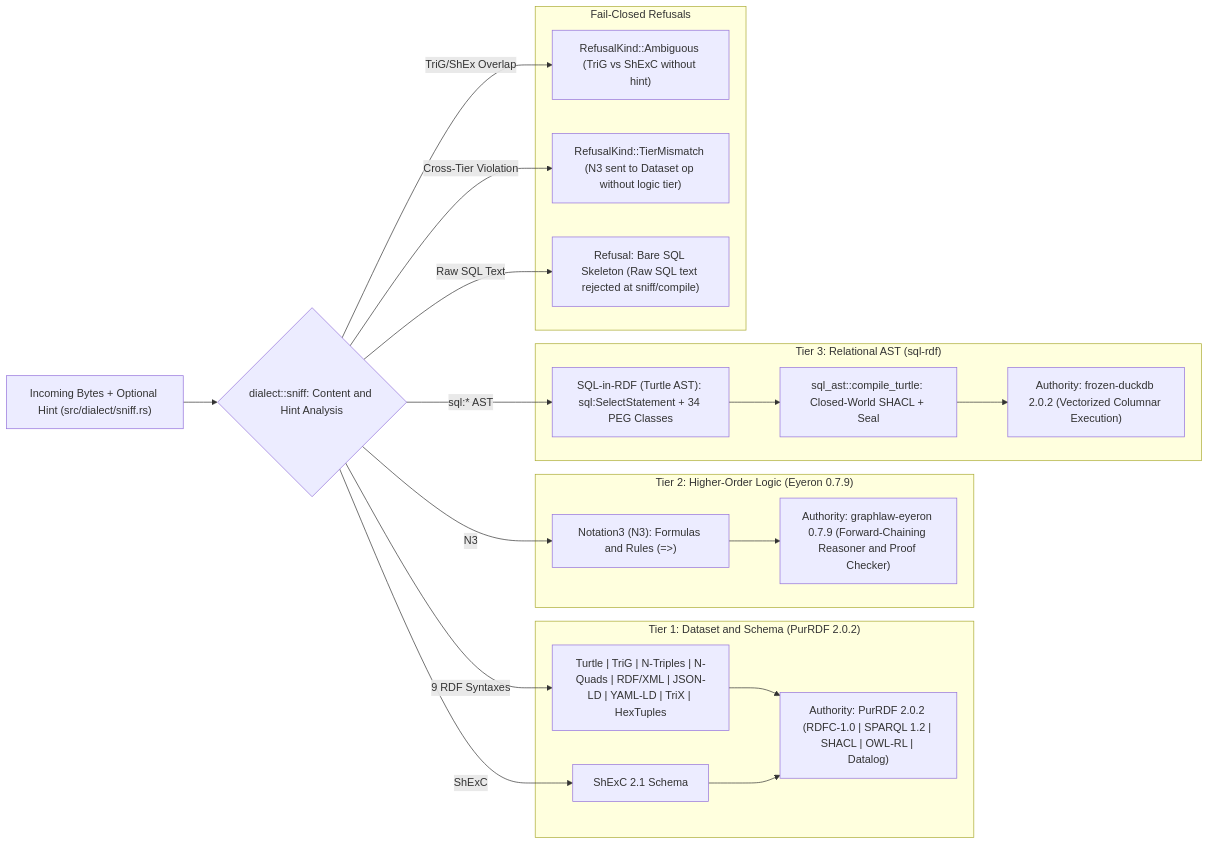
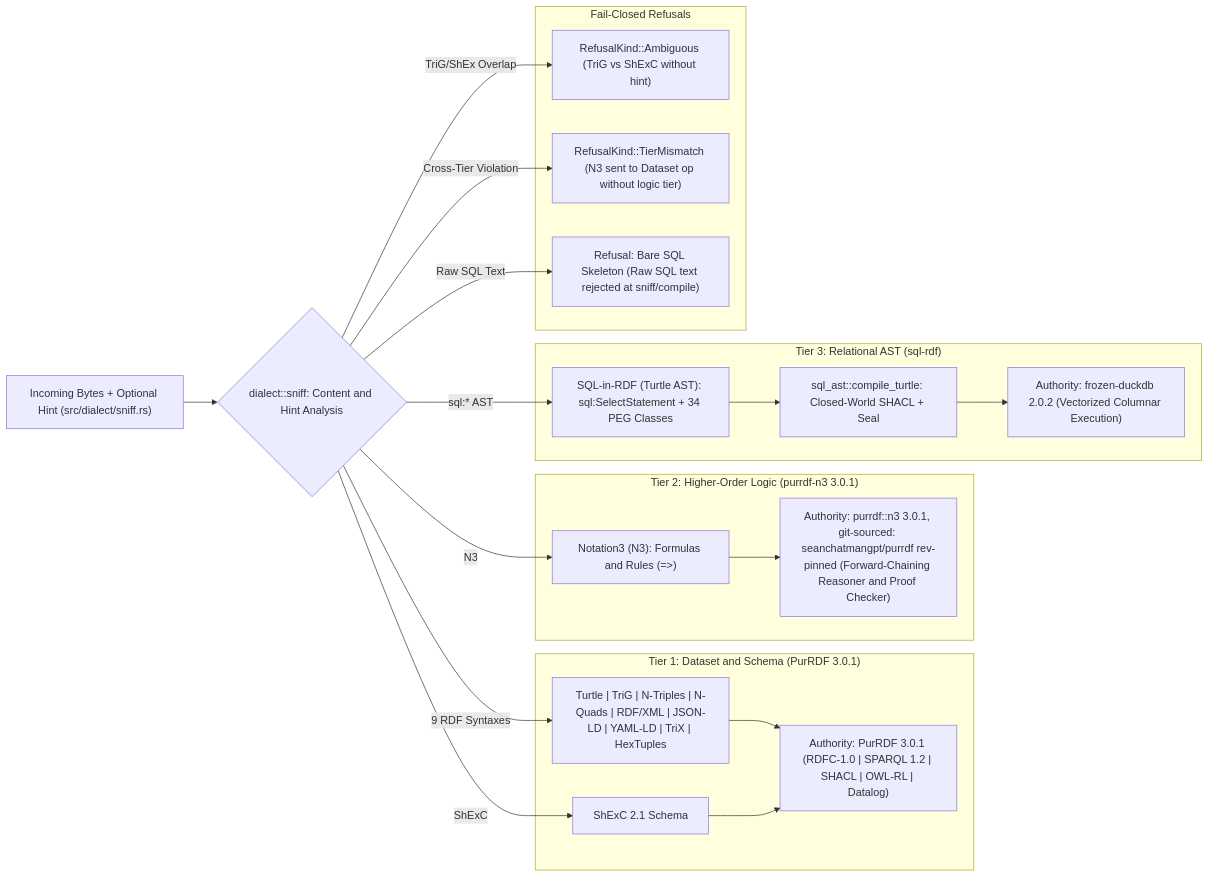
Before and after one commit to seanchatmangpt/graphlaw: the second of 28 diagrams in docs/PHD_THESIS_GRAPHLAW_WASM_SQLRDF.md, drawn with Mermaid. The commit also changed other lines of this file and 2104 other files, not shown here.

````diff
--- a/docs/PHD_THESIS_GRAPHLAW_WASM_SQLRDF.md
+++ b/docs/PHD_THESIS_GRAPHLAW_WASM_SQLRDF.md
@@ -192,41 +192,41 @@
 ```mermaid
 flowchart LR
     Input["Incoming Bytes + Optional Hint (src/dialect/sniff.rs)"]
     Sniff{"dialect::sniff: Content and Hint Analysis"}
     Input --> Sniff
 
-    subgraph DatasetTier["Tier 1: Dataset and Schema (PurRDF 2.0.2)"]
+    subgraph DatasetTier["Tier 1: Dataset and Schema (PurRDF 3.0.1)"]
         RDF["Turtle | TriG | N-Triples | N-Quads | RDF/XML | JSON-LD | YAML-LD | TriX | HexTuples"]
         ShEx["ShExC 2.1 Schema"]
-        PurRDF["Authority: PurRDF 2.0.2 (RDFC-1.0 | SPARQL 1.2 | SHACL | OWL-RL | Datalog)"]
+        PurRDF["Authority: PurRDF 3.0.1 (RDFC-1.0 | SPARQL 1.2 | SHACL | OWL-RL | Datalog)"]
         RDF --> PurRDF
         ShEx --> PurRDF
     end
 
-    subgraph LogicTier["Tier 2: Higher-Order Logic (Eyeron 0.7.9)"]
+    subgraph LogicTier["Tier 2: Higher-Order Logic (purrdf-n3 3.0.1)"]
         N3["Notation3 (N3): Formulas and Rules (=>)"]
-        Eyeron["Authority: graphlaw-eyeron 0.7.9 (Forward-Chaining Reasoner and Proof Checker)"]
-        N3 --> Eyeron
+        PurN3["Authority: purrdf::n3 3.0.1, git-sourced: seanchatmangpt/purrdf rev-pinned (Forward-Chaining Reasoner and Proof Checker)"]
+        N3 --> PurN3
     end
 
     subgraph RelationalTier["Tier 3: Relational AST (sql-rdf)"]
         SqlRdf["SQL-in-RDF (Turtle AST): sql:SelectStatement + 34 PEG Classes"]
         Compiler["sql_ast::compile_turtle: Closed-World SHACL + Seal"]
         DuckDB["Authority: frozen-duckdb 2.0.2 (Vectorized Columnar Execution)"]
         SqlRdf --> Compiler --> DuckDB
     end
 
     subgraph RefusalSurface["Fail-Closed Refusals"]
         Ambig["RefusalKind::Ambiguous (TriG vs ShExC without hint)"]
         TierMismatch["RefusalKind::TierMismatch (N3 sent to Dataset op without logic tier)"]
         BareSql["Refusal: Bare SQL Skeleton (Raw SQL text rejected at sniff/compile)"]
     end
 
     Sniff -->|9 RDF Syntaxes| RDF
     Sniff -->|ShExC| ShEx
     Sniff -->|N3| N3
     Sniff -->|sql:* AST| SqlRdf
     Sniff -->|TriG/ShEx Overlap| Ambig
     Sniff -->|Cross-Tier Violation| TierMismatch
     Sniff -->|Raw SQL Text| BareSql
 ```
````
